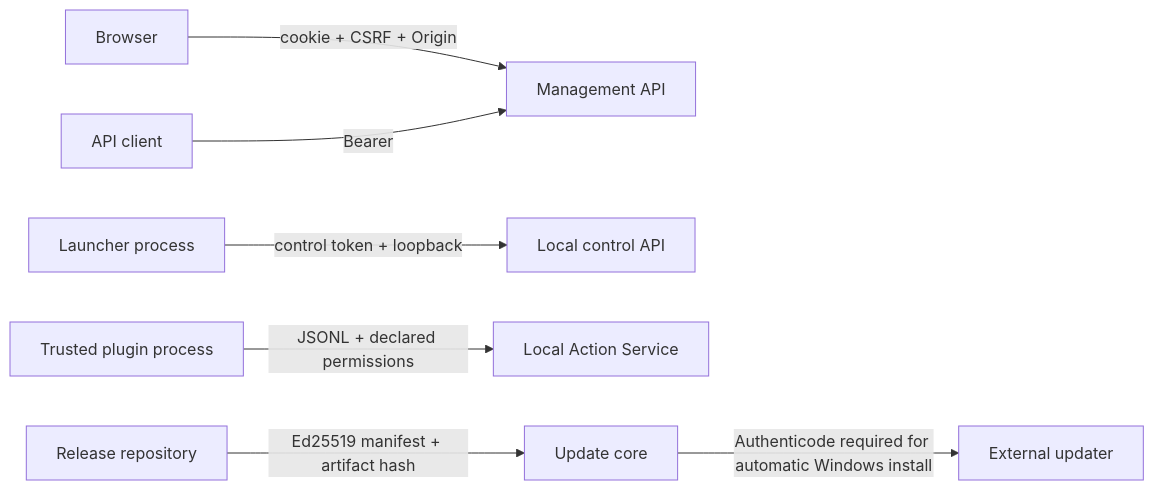
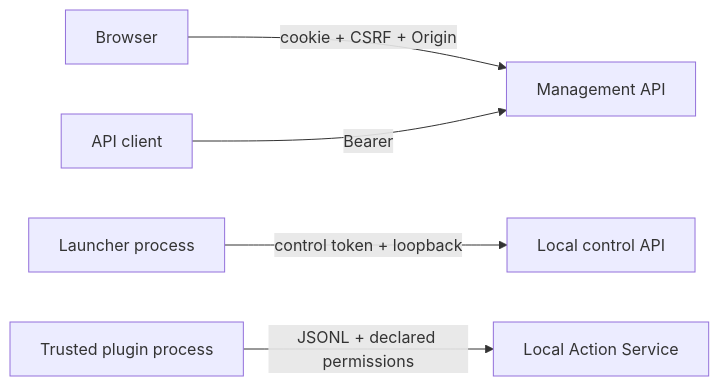
The second of 2 diagrams in docs/architecture/platform-architecture.md (RayleaBot/RayleaBot), drawn with Mermaid before and after one commit. The commit also changed other lines of this file and 125 other files, not shown here.

````diff
--- a/docs/architecture/platform-architecture.md
+++ b/docs/architecture/platform-architecture.md
@@ -67,9 +65,7 @@
 ```mermaid
 flowchart LR
     Browser["Browser"] -->|"cookie + CSRF + Origin"| API["Management API"]
     Tool["API client"] -->|"Bearer"| API
     Launcher["Launcher process"] -->|"control token + loopback"| Control["Local control API"]
     Plugin["Trusted plugin process"] -->|"JSONL + declared permissions"| Actions["Local Action Service"]
-    Release["Release repository"] -->|"Ed25519 manifest + artifact hash"| Core["Update core"]
-    Core -->|"Authenticode required for automatic Windows install"| Helper["External updater"]
 ```
````
